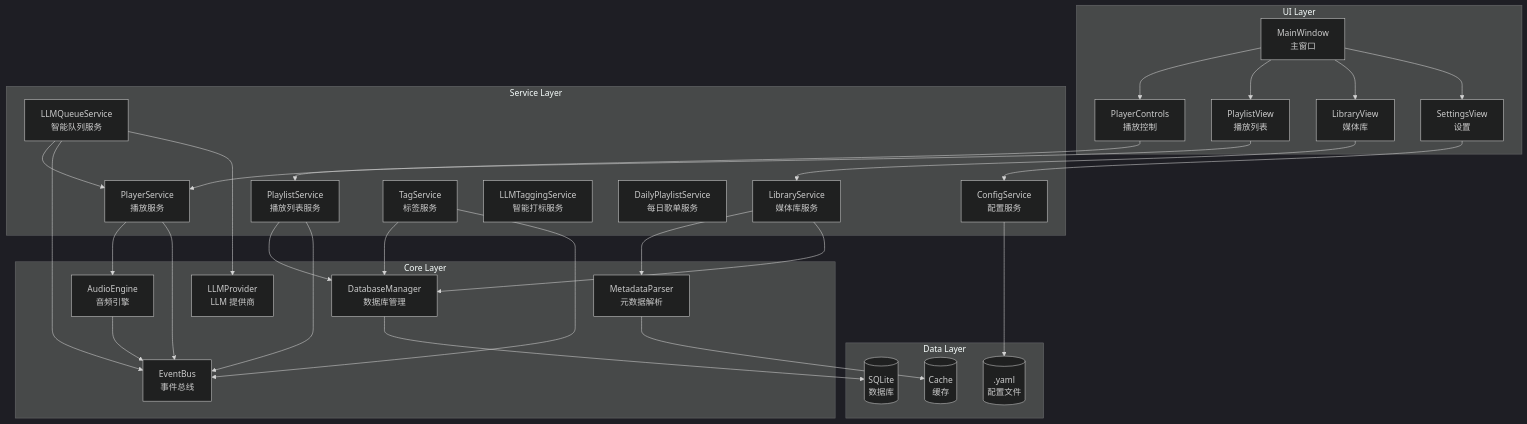
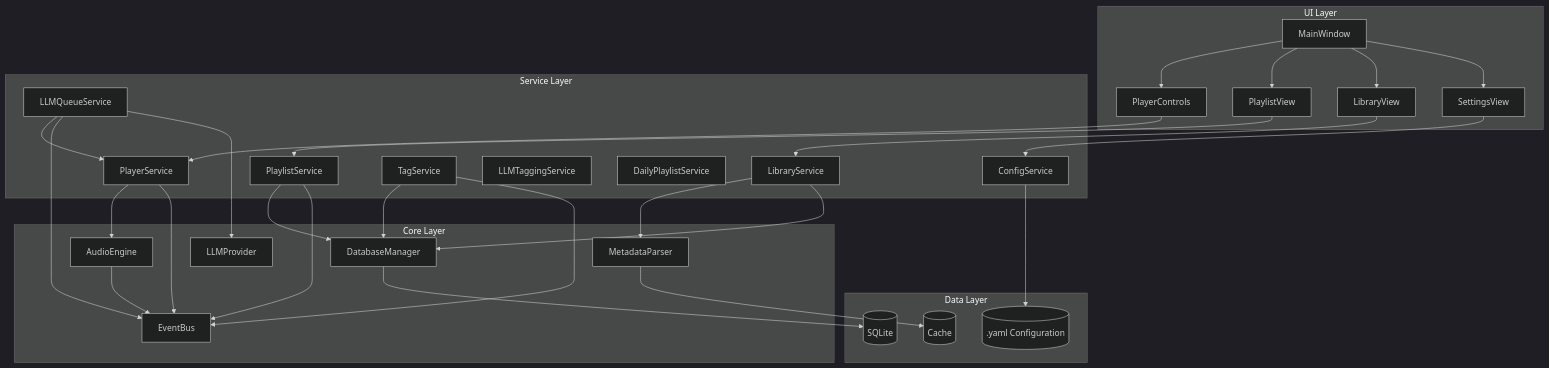
One commit to hangnum/music changed the first of 5 diagrams in docs/architecture.md. Above: the diagram before and after it, drawn with Mermaid (dark theme). The commit also changed other lines of this file and 135 other files, not shown here.

````diff
--- a/docs/architecture.md
+++ b/docs/architecture.md
@@ -33,52 +33,52 @@
 ```mermaid
 graph TB
     subgraph UI Layer
-        MW[MainWindow<br/>主窗口]
-        PC[PlayerControls<br/>播放控制]
-        PL[PlaylistView<br/>播放列表]
-        LB[LibraryView<br/>媒体库]
-        ST[SettingsView<br/>设置]
+        MW[MainWindow]
+        PC[PlayerControls]
+        PL[PlaylistView]
+        LB[LibraryView]
+        ST[SettingsView]
     end
     
     subgraph Service Layer
-        PS[PlayerService<br/>播放服务]
-        PLS[PlaylistService<br/>播放列表服务]
-        LBS[LibraryService<br/>媒体库服务]
-        CS[ConfigService<br/>配置服务]
-        TS[TagService<br/>标签服务]
-        LLM[LLMQueueService<br/>智能队列服务]
-        LTS[LLMTaggingService<br/>智能打标服务]
-        DPS[DailyPlaylistService<br/>每日歌单服务]
+        PS[PlayerService]
+        PLS[PlaylistService]
+        LBS[LibraryService]
+        CS[ConfigService]
+        TS[TagService]
+        LLM[LLMQueueService]
+        LTS[LLMTaggingService]
+        DPS[DailyPlaylistService]
     end
     
     subgraph Core Layer
-        AE[AudioEngine<br/>音频引擎]
-        MD[MetadataParser<br/>元数据解析]
-        DB[DatabaseManager<br/>数据库管理]
-        EM[EventBus<br/>事件总线]
-        LP[LLMProvider<br/>LLM 提供商]
+        AE[AudioEngine]
+        MD[MetadataParser]
+        DB[DatabaseManager]
+        EM[EventBus]
+        LP[LLMProvider]
     end
     
     subgraph Data Layer
-        SQL[(SQLite<br/>数据库)]
-        CFG[(.yaml<br/>配置文件)]
-        CACHE[(Cache<br/>缓存)]
+        SQL[(SQLite)]
+        CFG[(.yaml Configuration)]
+        CACHE[(Cache)]
     end
     
     MW --> PC & PL & LB & ST
     PC --> PS
     PL --> PLS
     LB --> LBS
     ST --> CS
     
     PS --> AE & EM
     PLS --> DB & EM
     LBS --> MD & DB
     TS --> DB & EM
     LLM --> PS & EM & LP
     CS --> CFG
     
     AE --> EM
     MD --> CACHE
     DB --> SQL
 ```
````
